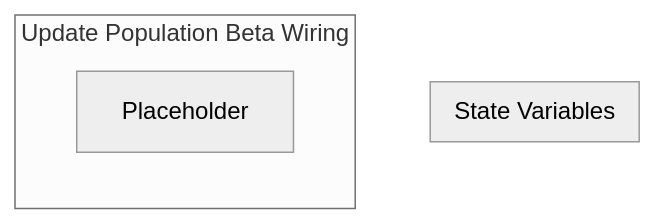
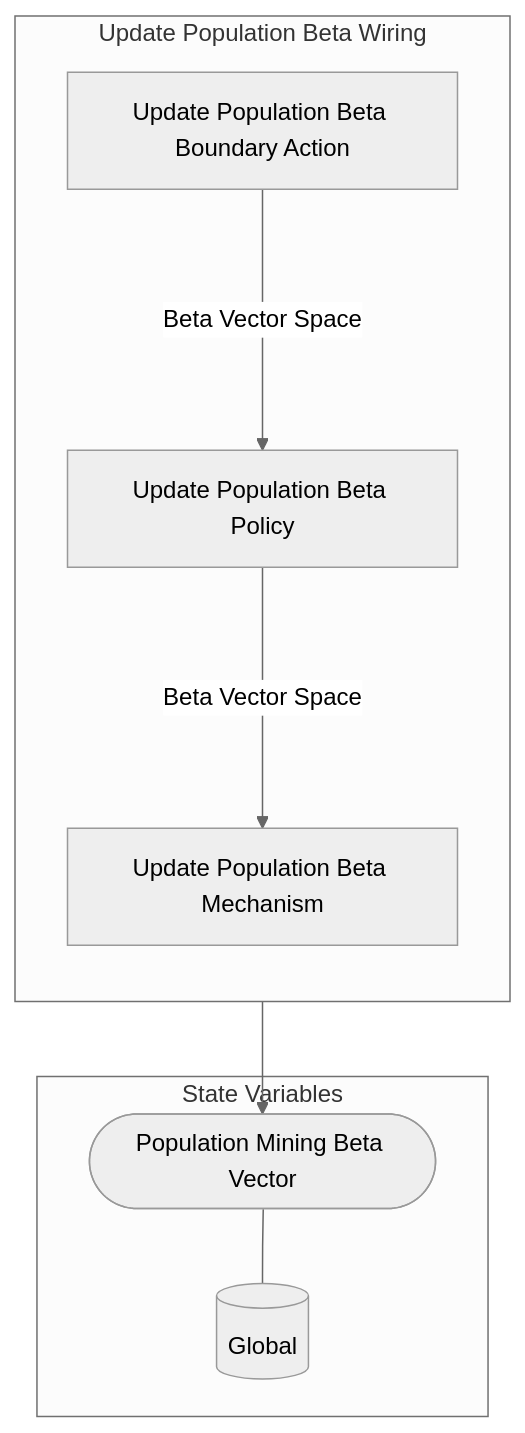
Before and after one commit to dominant-strategies/Quai-Macro-Model: the diagram in Spec/obsidian/Wiring/Update Population Beta Wiring.md, drawn with Mermaid (neutral theme). The commit also changed other lines of this file and 25 other files, not shown here.

````diff
--- a/Spec/obsidian/Wiring/Update Population Beta Wiring.md
+++ b/Spec/obsidian/Wiring/Update Population Beta Wiring.md
@@ -3,11 +3,19 @@
 ```mermaid
 graph TB
 
 subgraph SVS["State Variables"]
+EE0[("Global")]
+EES0(["Population Mining Beta Vector"])
+EES0 --- EE0
 end
 
-subgraph X2["Update Population Beta Wiring"]
+subgraph X4["Update Population Beta Wiring"]
 direction TB
-X1["Placeholder"]
+X1["Update Population Beta Boundary Action"]
+X2["Update Population Beta Policy"]
+X3["Update Population Beta Mechanism"]
+X3 --> EES0
+X1--"Beta Vector Space"--->X2
+X2--"Beta Vector Space"--->X3
 end
 ```
````
